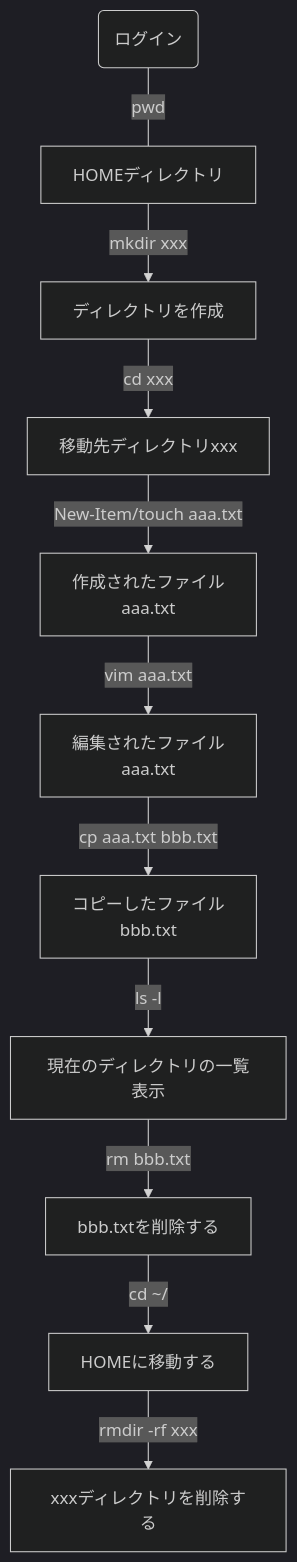
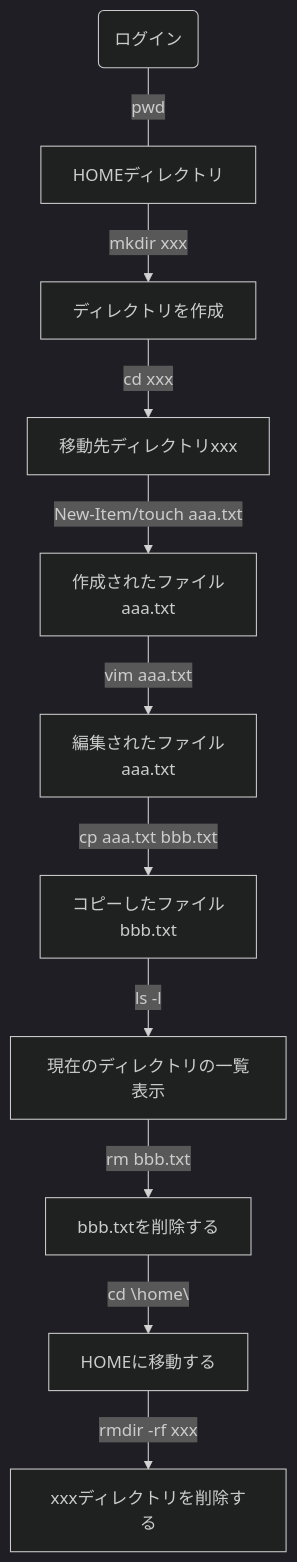
One commit to shinkawa1209/md-labo changed the diagram in コマンドライン道場/コマンドライン操作.md. Above: the diagram before and after it, drawn with Mermaid (dark theme).

Commit message:
fix:mermaidをtyporaで見るとerrorになるので、一部記号を変更

````diff
--- a/コマンドライン道場/コマンドライン操作.md
+++ b/コマンドライン道場/コマンドライン操作.md
@@ -31,26 +31,26 @@
 ```mermaid
 flowchart TD
     id1(ログイン)
     id2[HOMEディレクトリ]
     id3[ディレクトリを作成]
     id4[移動先ディレクトリxxx]
     id5[作成されたファイル<br>aaa.txt]
     id6[編集されたファイル<br>aaa.txt]
     id7[コピーしたファイル<br>bbb.txt]
     id8[現在のディレクトリの一覧表示]
     id9[bbb.txtを削除する]
     id10[HOMEに移動する]
     id11[xxxディレクトリを削除する]
 
     id1 --- |pwd| id2
     id2 --> |mkdir xxx| id3
     id3 --> |cd xxx| id4
     id4 --> |New-Item/touch aaa.txt| id5
     id5 --> |vim aaa.txt|id6
     id6 --> |cp aaa.txt bbb.txt| id7
     id7 --> |ls -l|id8
     id8 --> |rm bbb.txt| id9
-    id9 --> |cd ~/|id10
+    id9 --> |cd \home\ |id10
     id10 --> |rmdir -rf xxx| id11
 
 ```
````
